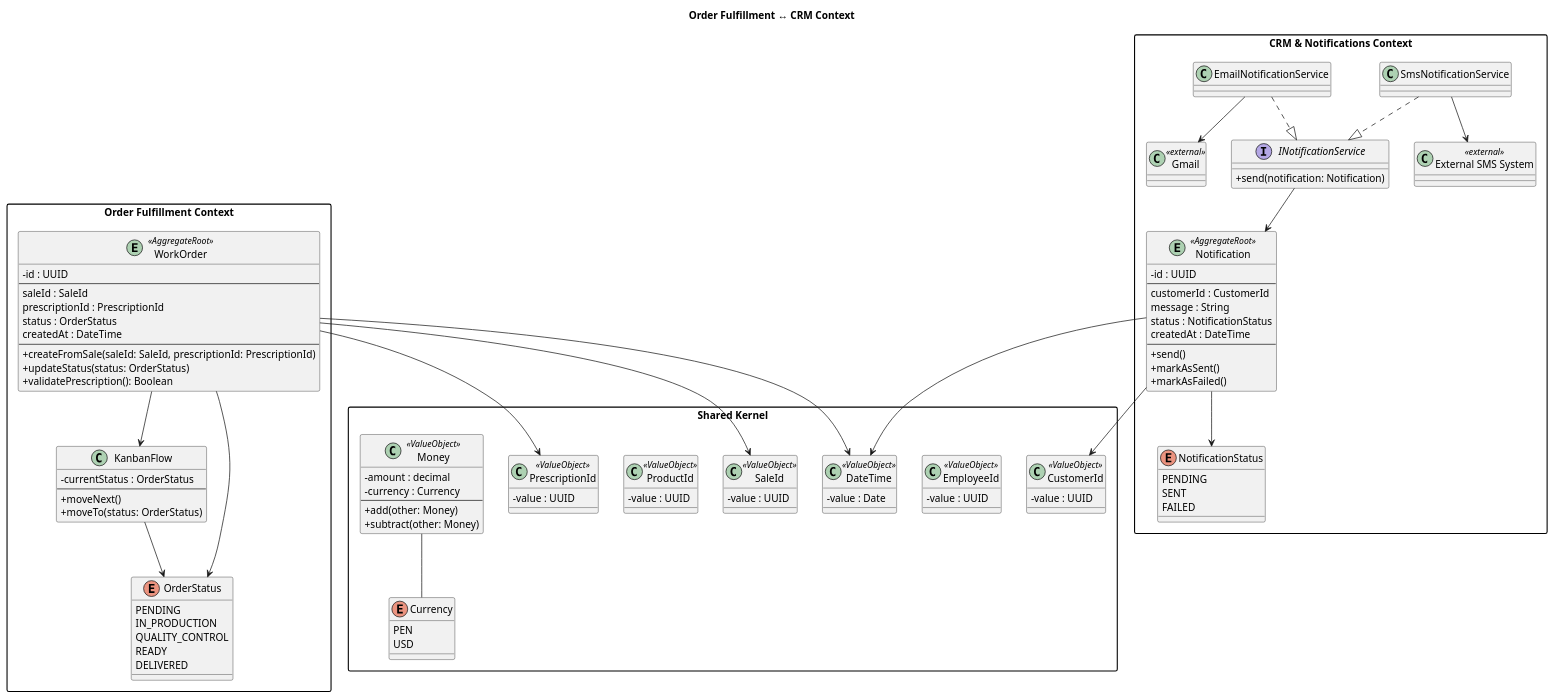
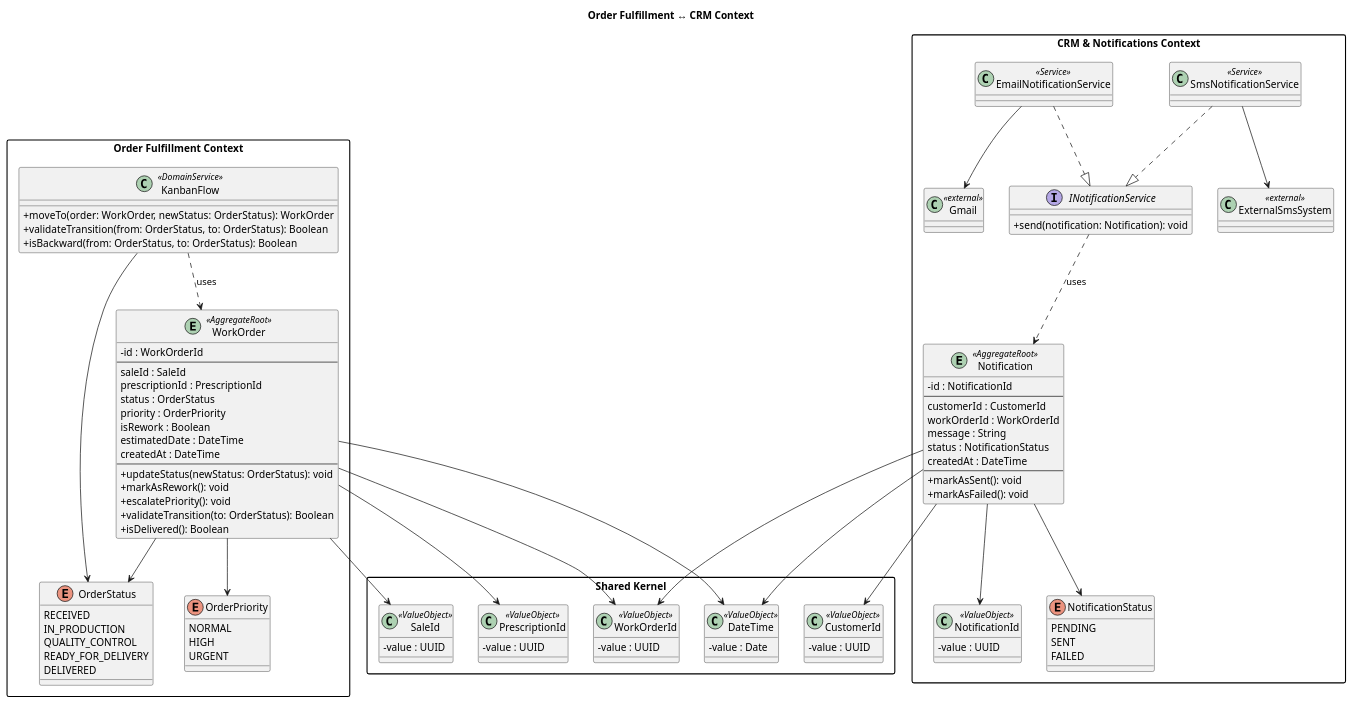
One commit to 1asi0730-2610-10203-OptiFlow/OptiFlow-Report-Stable changed the diagram in docs/class-diagrams-backend/class-diagram-order-fulfillment-crm.puml. Above: the diagram before and after it, drawn with PlantUML. The commit also changed 5 other files, not shown here.

Commit message:
docs(backend-diagrams): update backend class diagrams

```diff
--- a/docs/class-diagrams-backend/class-diagram-order-fulfillment-crm.puml
+++ b/docs/class-diagrams-backend/class-diagram-order-fulfillment-crm.puml
@@ -1,118 +1,114 @@
 @startuml
 title Order Fulfillment ↔ CRM Context
 skinparam classAttributeIconSize 0
 skinparam packageStyle rectangle
 
 package "Shared Kernel" {
 class "CustomerId" <<ValueObject>> {
 - value : UUID
 }
-class "EmployeeId" <<ValueObject>> {
-- value : UUID
-}
 class "SaleId" <<ValueObject>> {
 - value : UUID
 }
 class "PrescriptionId" <<ValueObject>> {
 - value : UUID
 }
-class "ProductId" <<ValueObject>> {
+class "WorkOrderId" <<ValueObject>> {
 - value : UUID
 }
 class "DateTime" <<ValueObject>> {
 - value : Date
 }
-class "Money" <<ValueObject>> {
-- amount : decimal
-- currency : Currency
---
-+ add(other: Money)
-+ subtract(other: Money)
-}
-enum Currency {
-PEN
-USD
-}
-Money -- Currency
 }
 
 package "Order Fulfillment Context" {
 
 entity "WorkOrder" <<AggregateRoot>> {
-- id : UUID
+- id : WorkOrderId
 --
 saleId : SaleId
 prescriptionId : PrescriptionId
 status : OrderStatus
+priority : OrderPriority
+isRework : Boolean
+estimatedDate : DateTime
 createdAt : DateTime
 --
-+ createFromSale(saleId: SaleId, prescriptionId: PrescriptionId)
-+ updateStatus(status: OrderStatus)
-+ validatePrescription(): Boolean
++ updateStatus(newStatus: OrderStatus): void
++ markAsRework(): void
++ escalatePriority(): void
++ validateTransition(to: OrderStatus): Boolean
++ isDelivered(): Boolean
 }
-
-class "KanbanFlow" {
-- currentStatus : OrderStatus
---
-+ moveNext()
-+ moveTo(status: OrderStatus)
+class "KanbanFlow" <<DomainService>> {
++ moveTo(order: WorkOrder, newStatus: OrderStatus): WorkOrder
++ validateTransition(from: OrderStatus, to: OrderStatus): Boolean
++ isBackward(from: OrderStatus, to: OrderStatus): Boolean
 }
-
 enum OrderStatus {
-PENDING
+RECEIVED
 IN_PRODUCTION
 QUALITY_CONTROL
-READY
+READY_FOR_DELIVERY
 DELIVERED
 }
-
+enum OrderPriority {
+NORMAL
+HIGH
+URGENT
+}
+WorkOrder --> WorkOrderId
 WorkOrder --> SaleId
 WorkOrder --> PrescriptionId
 WorkOrder --> OrderStatus
+WorkOrder --> OrderPriority
 WorkOrder --> DateTime
-WorkOrder --> KanbanFlow
-
+KanbanFlow ..> WorkOrder : uses
 KanbanFlow --> OrderStatus
 }
 
 package "CRM & Notifications Context" {
-
-interface INotificationService {
-  + send(notification: Notification)
+class "NotificationId" <<ValueObject>> {
+- value : UUID
 }
-
-class "External SMS System" <<external>>
-class "Gmail" <<external>>
-
 entity "Notification" <<AggregateRoot>> {
-- id : UUID
+- id : NotificationId
 --
 customerId : CustomerId
+workOrderId : WorkOrderId
 message : String
 status : NotificationStatus
 createdAt : DateTime
 --
-+ send()
-+ markAsSent()
-+ markAsFailed()
++ markAsSent(): void
++ markAsFailed(): void
 }
-
+interface "INotificationService" {
++ send(notification: Notification): void
+}
+class "SmsNotificationService" <<Service>> {
+}
+class "EmailNotificationService" <<Service>> {
+}
+class "ExternalSmsSystem" <<external>> {
+}
+class "Gmail" <<external>> {
+}
 enum NotificationStatus {
 PENDING
 SENT
 FAILED
 }
-
+Notification --> NotificationId
 Notification --> CustomerId
+Notification --> WorkOrderId
 Notification --> NotificationStatus
 Notification --> DateTime
-
-INotificationService --> Notification
 SmsNotificationService ..|> INotificationService
 EmailNotificationService ..|> INotificationService
-
-SmsNotificationService --> "External SMS System"
+INotificationService ..> Notification : uses
+SmsNotificationService --> ExternalSmsSystem
 EmailNotificationService --> Gmail
 }
 
 @enduml
```
